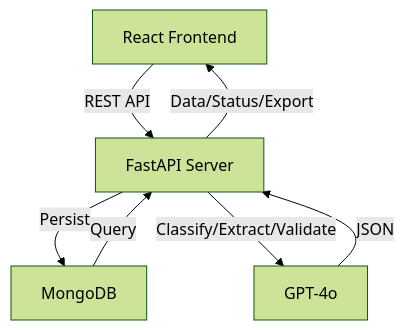
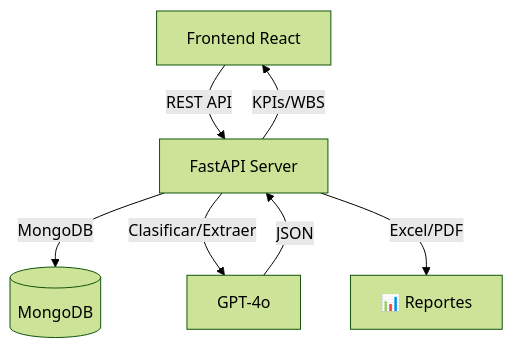
One commit to gproatechnology/GProA_EOSIS_Edge changed the first of 2 diagrams in README.md. Above: the diagram before and after it, drawn with Mermaid (forest theme). The commit also changed other lines of this file and 3 other files, not shown here.

````diff
--- a/README.md
+++ b/README.md
@@ -36,9 +66,9 @@
 ```mermaid
 graph TB
-    FE[React Frontend] -->|REST API| API[FastAPI Server]
-    API -->|Persist| DB[MongoDB]
-    API -->|Classify/Extract/Validate| LLM[GPT-4o]
+    FE[Frontend React] -->|REST API| API[FastAPI Server]
+    API -->|MongoDB| DB[(MongoDB)]
+    API -->|Clasificar/Extraer| LLM[GPT-4o]
     LLM -->|JSON| API
-    DB -->|Query| API
-    API -->|Data/Status/Export| FE
+    API -->|KPIs/WBS| FE
+    API -->|Excel/PDF| Export[📊 Reportes]
 ```
````
